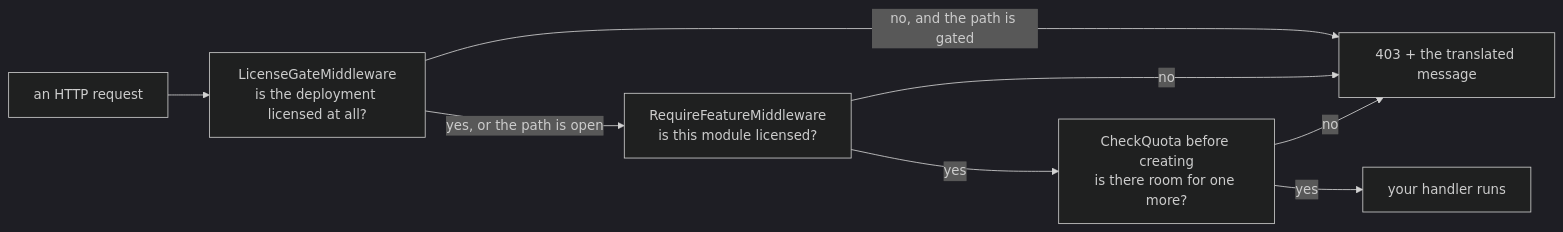
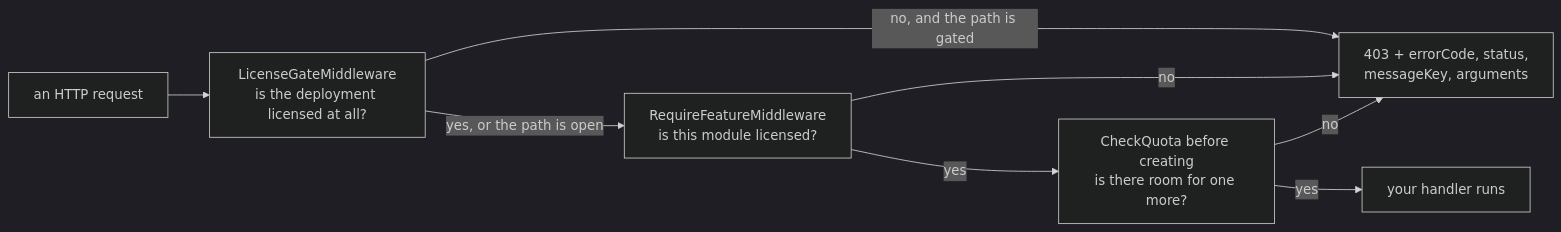
The second of 2 diagrams in docs/manual/en/go.md (accesscore-dev/accesscore-license-sdk-dist), drawn with Mermaid (dark theme) before and after one commit. The commit also changed other lines of this file and 28 other files, not shown here.

````diff
--- a/docs/manual/en/go.md
+++ b/docs/manual/en/go.md
@@ -147,10 +218,10 @@
 ```mermaid
 flowchart LR
     R[an HTTP request] --> F[LicenseGateMiddleware<br/>is the deployment licensed at all?]
-    F -->|no, and the path is gated| X403[403 + the translated message]
+    F -->|no, and the path is gated| X403[403 + errorCode, status,<br/>messageKey, arguments]
     F -->|yes, or the path is open| A[RequireFeatureMiddleware<br/>is this module licensed?]
     A -->|no| X403
     A -->|yes| Q[CheckQuota before creating<br/>is there room for one more?]
     Q -->|no| X403
     Q -->|yes| H[your handler runs]
 ```
````
